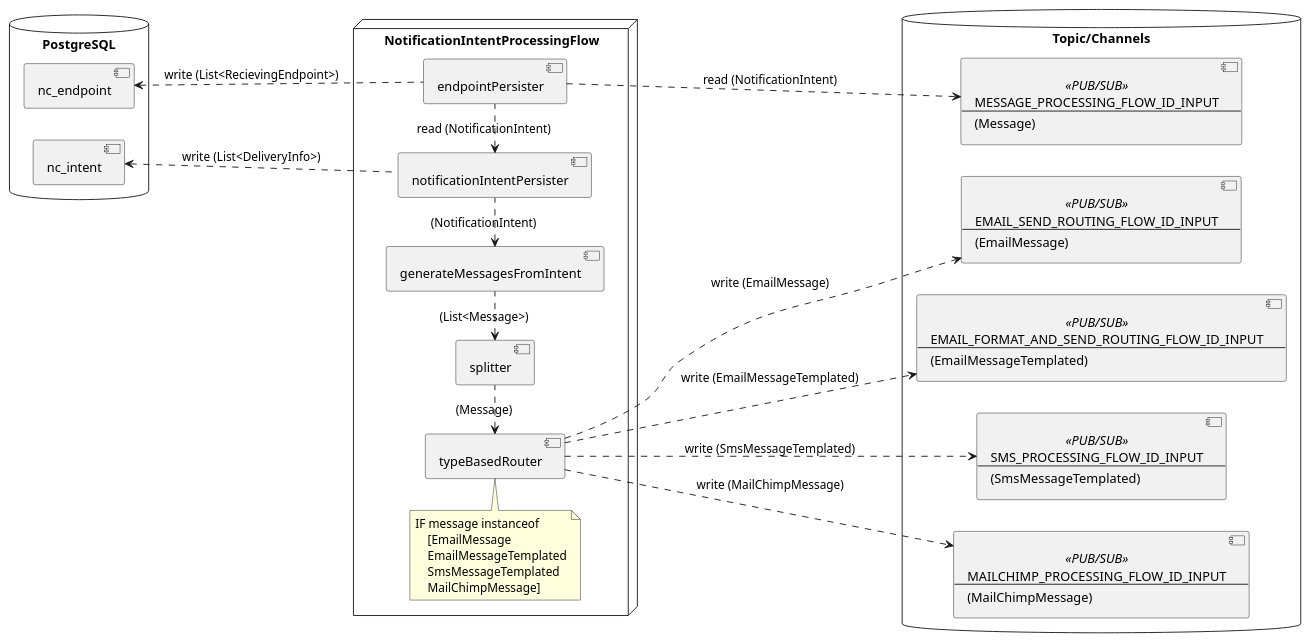
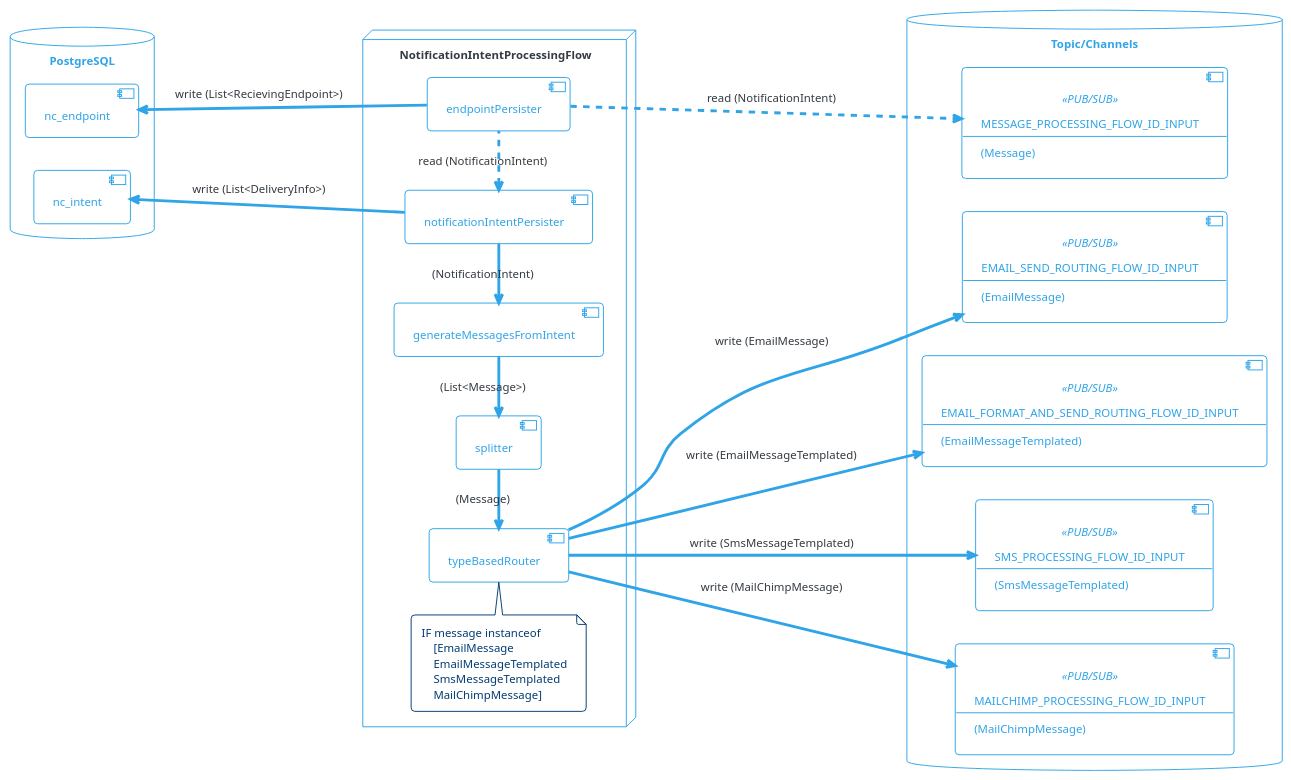
The diagram in diagrams/intent-processing-flow.puml (com-obj/notiflow), drawn with PlantUML before and after one commit. The commit also changed 5 other files, not shown here.

Commit message:
diagram update

```diff
--- a/diagrams/intent-processing-flow.puml
+++ b/diagrams/intent-processing-flow.puml
@@ -1,79 +1,81 @@
 @startuml
+
+!theme cerulean-outline
 
 left to right direction
 
 skinparam component {
     backgroundColor<<user defined>> LightGray
 }
 
 database "PostgreSQL" {
     [nc_intent]
     [nc_endpoint]
 }
 
 database "Topic/Channels" {
     component INTENT_PROCESSING_FLOW_ID_INPUT<<PUB/SUB>>[
         MESSAGE_PROCESSING_FLOW_ID_INPUT
         --
         (Message)
     ]
 
     component EMAIL_SEND_ROUTING_FLOW_ID_INPUT<<PUB/SUB>>[
         EMAIL_SEND_ROUTING_FLOW_ID_INPUT
         --
         (EmailMessage)   
     ]
 
     component EMAIL_FORMAT_AND_SEND_ROUTING_FLOW_ID_INPUT<<PUB/SUB>>[
         EMAIL_FORMAT_AND_SEND_ROUTING_FLOW_ID_INPUT
         --
         (EmailMessageTemplated)
     ]
 
     component SMS_PROCESSING_FLOW_ID_INPUT<<PUB/SUB>>[
         SMS_PROCESSING_FLOW_ID_INPUT
         --
         (SmsMessageTemplated)
     ]
 
     component MAILCHIMP_PROCESSING_FLOW_ID_INPUT<<PUB/SUB>>[
         MAILCHIMP_PROCESSING_FLOW_ID_INPUT
         --
         (MailChimpMessage)
     ]
 }
 
 node "NotificationIntentProcessingFlow" {
     [endpointPersister]
     [notificationIntentPersister]
     [splitter]
 
     [generateMessagesFromIntent]
     [typeBasedRouter]
 
     endpointPersister .l.> notificationIntentPersister: read (NotificationIntent)
-    notificationIntentPersister .l.> generateMessagesFromIntent: (NotificationIntent)
-    generateMessagesFromIntent .l.> splitter: (List<Message>)
-    splitter .l.> typeBasedRouter: (Message)
+    notificationIntentPersister -l-> generateMessagesFromIntent: (NotificationIntent)
+    generateMessagesFromIntent -l-> splitter: (List<Message>)
+    splitter -l-> typeBasedRouter: (Message)
 
     note top of typeBasedRouter 
     IF message instanceof  
         [EmailMessage
         EmailMessageTemplated
         SmsMessageTemplated
         MailChimpMessage]
     end note  
 
     endpointPersister ..> INTENT_PROCESSING_FLOW_ID_INPUT : read (NotificationIntent) 
-    typeBasedRouter ...> EMAIL_SEND_ROUTING_FLOW_ID_INPUT: write (EmailMessage)
-    typeBasedRouter ...> EMAIL_FORMAT_AND_SEND_ROUTING_FLOW_ID_INPUT: write (EmailMessageTemplated)
-    typeBasedRouter ...> SMS_PROCESSING_FLOW_ID_INPUT: write (SmsMessageTemplated)
-    typeBasedRouter ...> MAILCHIMP_PROCESSING_FLOW_ID_INPUT: write (MailChimpMessage)
+    typeBasedRouter ---> EMAIL_SEND_ROUTING_FLOW_ID_INPUT: write (EmailMessage)
+    typeBasedRouter ---> EMAIL_FORMAT_AND_SEND_ROUTING_FLOW_ID_INPUT: write (EmailMessageTemplated)
+    typeBasedRouter ---> SMS_PROCESSING_FLOW_ID_INPUT: write (SmsMessageTemplated)
+    typeBasedRouter ---> MAILCHIMP_PROCESSING_FLOW_ID_INPUT: write (MailChimpMessage)
 
-    notificationIntentPersister .u.> nc_intent: write (List<DeliveryInfo>)
-    endpointPersister .u.> nc_endpoint: write (List<RecievingEndpoint>)
+    notificationIntentPersister -u-> nc_intent: write (List<DeliveryInfo>)
+    endpointPersister -u-> nc_endpoint: write (List<RecievingEndpoint>)
 
 }
 
 
 @enduml
```
